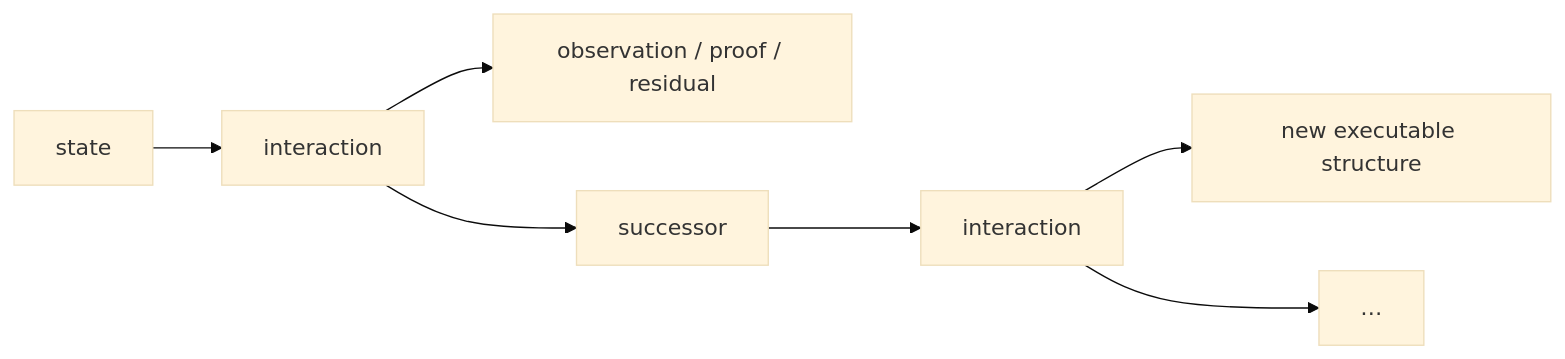
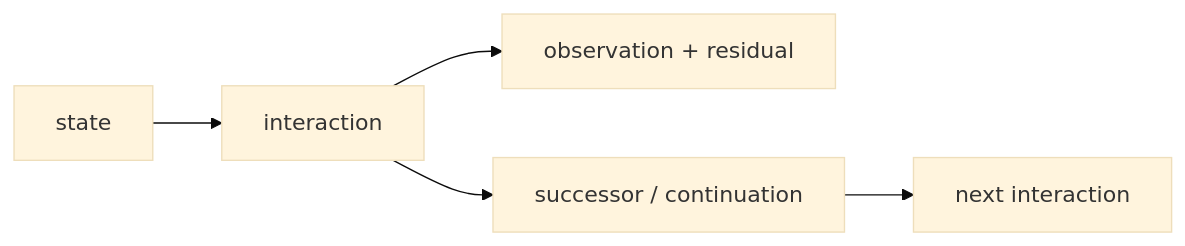
One commit to avikj/metacircular-interaction-prototype changed the second of 3 diagrams in collab/bend2-cubical/BEND_HVM_COMPUTATIONAL_UNIVALENCE.md. Above: the diagram before and after it, drawn with Mermaid (base theme). The commit also changed other lines of this file, not shown here.

````diff
--- a/collab/bend2-cubical/BEND_HVM_COMPUTATIONAL_UNIVALENCE.md
+++ b/collab/bend2-cubical/BEND_HVM_COMPUTATIONAL_UNIVALENCE.md
@@ -301,9 +327,7 @@
 ```mermaid
 flowchart LR
-  S0["state"] --> I0["interaction"]
-  I0 --> O0["observation / proof / residual"]
-  I0 --> S1["successor"]
-  S1 --> I1["interaction"]
-  I1 --> O1["new executable structure"]
-  I1 --> S2["…"]
+  S["state"] --> I["interaction"]
+  I --> O["observation + residual"]
+  I --> N["successor / continuation"]
+  N --> I2["next interaction"]
 ```
````
